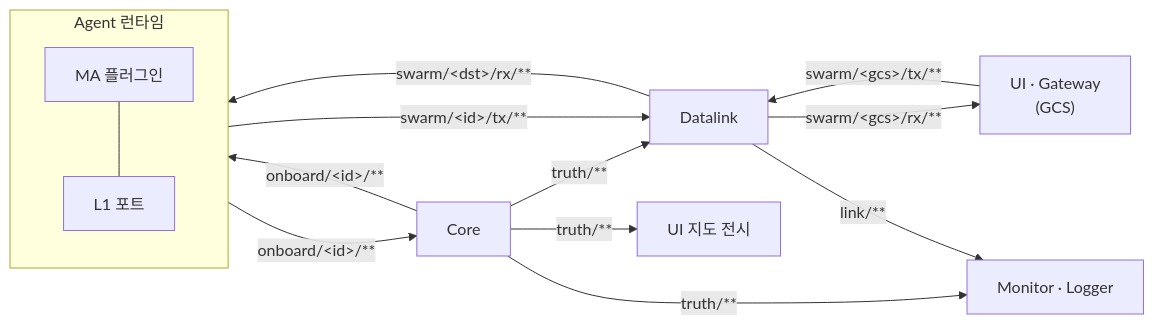
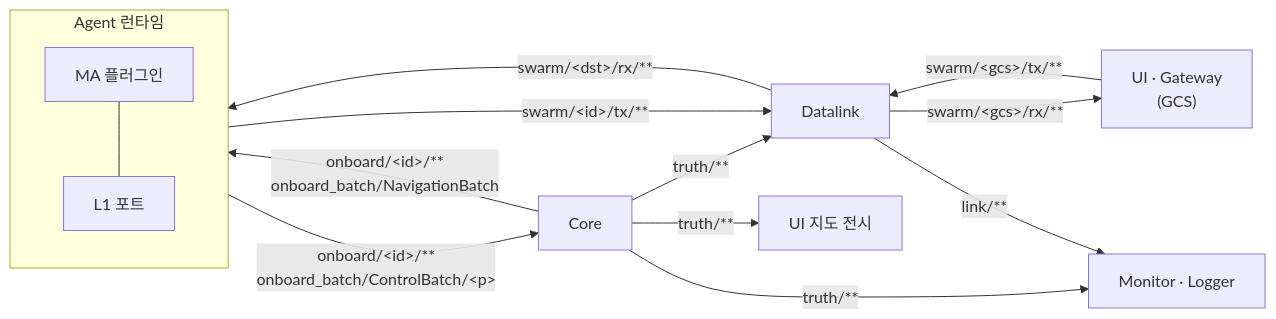
The first of 3 diagrams in docs/41_dev/03_architecture.md (Kimbyung-wook/SwarmFlSim), drawn with Mermaid before and after one commit. The commit also changed other lines of this file and 15 other files, not shown here.

````diff
--- a/docs/41_dev/03_architecture.md
+++ b/docs/41_dev/03_architecture.md
@@ -34,22 +35,22 @@
 ```mermaid
 flowchart LR
     subgraph RT["Agent 런타임"]
         MA["MA 플러그인"]
         PORT["L1 포트"]
         MA --- PORT
     end
     CORE["Core"]
     DL["Datalink"]
     GCS["UI · Gateway<br/>(GCS)"]
     OBS["Monitor · Logger"]
-    CORE -- "onboard/&lt;id&gt;/**" --> RT
-    RT -- "onboard/&lt;id&gt;/**" --> CORE
+    CORE -- "onboard/&lt;id&gt;/**<br/>onboard_batch/NavigationBatch" --> RT
+    RT -- "onboard/&lt;id&gt;/**<br/>onboard_batch/ControlBatch/&lt;p&gt;" --> CORE
     RT -- "swarm/&lt;id&gt;/tx/**" --> DL
     GCS -- "swarm/&lt;gcs&gt;/tx/**" --> DL
     DL -- "swarm/&lt;dst&gt;/rx/**" --> RT
     DL -- "swarm/&lt;gcs&gt;/rx/**" --> GCS
     CORE -- "truth/**" --> DL
     CORE -- "truth/**" --> OBS
     CORE -- "truth/**" --> UI2["UI 지도 전시"]
     DL -- "link/**" --> OBS
 ```
````
